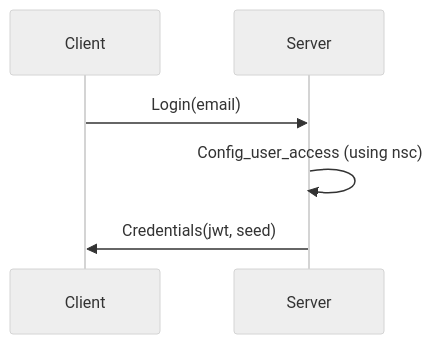
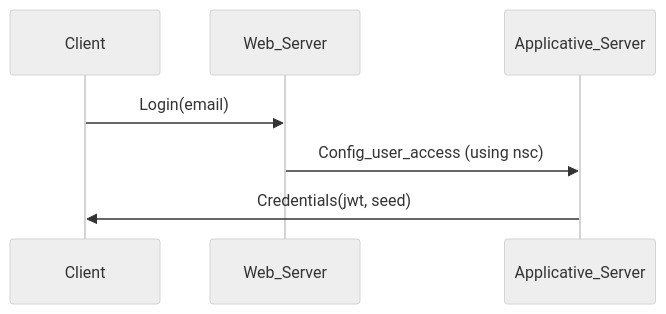
One commit to adimian/kova changed the third of 8 diagrams in kova/authentication/docs.md. Above: the diagram before and after it, drawn with Mermaid (neutral theme). The commit also changed other lines of this file, not shown here.

````diff
--- a/kova/authentication/docs.md
+++ b/kova/authentication/docs.md
@@ -24,6 +24,6 @@
 ```mermaid
 sequenceDiagram
-    Client ->> Server: Login(email)
-    Server ->> Server: Config_user_access (using nsc)
-    Server ->> Client: Credentials(jwt, seed)
+    Client ->> Web_Server: Login(email)
+    Web_Server ->> Applicative_Server: Config_user_access (using nsc)
+    Applicative_Server ->> Client: Credentials(jwt, seed)
 ```
````
